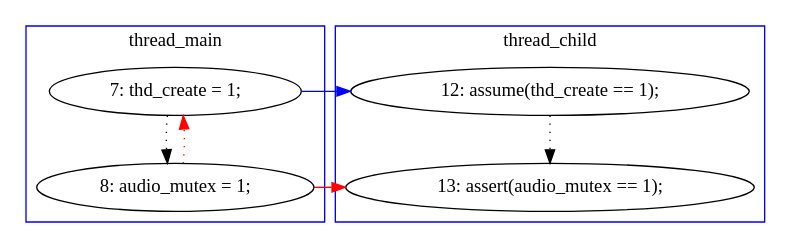
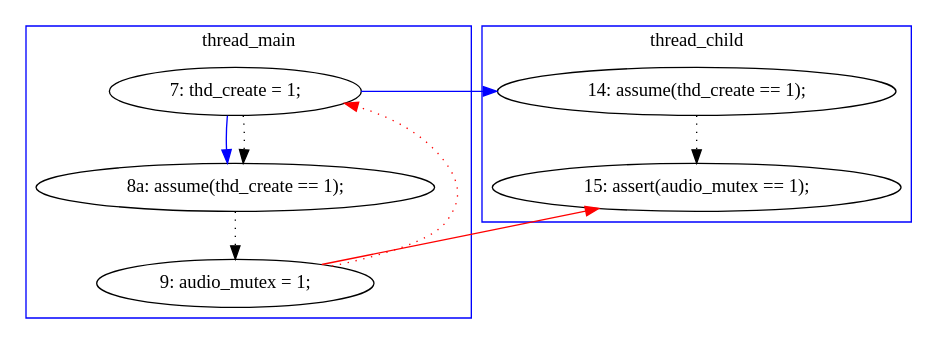
One commit to hylhp/cav14-model changed the diagram in zsnes.mixed/A-1-proofObject.dot. Above: the diagram before and after it, drawn with Graphviz. The commit also changed 19 other files, not shown here.

```diff
--- a/zsnes.mixed/A-1-proofObject.dot
+++ b/zsnes.mixed/A-1-proofObject.dot
@@ -1,19 +1,22 @@
 digraph ProofObject {
-	7 -> 9 [color = Red, constraint = false]
-	5 -> 8 [color = Blue, constraint = false]
-	8 -> 9 [style = dotted, color = black]
-	7 -> 5 [style = dotted, color = red, constraint = false]
+	5 -> 10 [color = Blue, constraint = false]
+	5 -> 7 [color = Blue, constraint = false]
+	8 -> 11 [color = Red, constraint = false]
+	10 -> 11 [style = dotted, color = black]
+	8 -> 5 [style = dotted, color = red, constraint = false]
+	7 -> 8 [style = dotted, color = black]
 	5 -> 7 [style = dotted, color = black]
 	subgraph cluster2 {
 		label = thread_child
 		color = blue
-		8  [label = "12: assume(thd_create == 1);"]
-		9  [label = "13: assert(audio_mutex == 1);"]
+		11  [label = "15: assert(audio_mutex == 1);"]
+		10  [label = "14: assume(thd_create == 1);"]
 	}
 	subgraph cluster1 {
 		label = thread_main
 		color = blue
-		7  [label = "8: audio_mutex = 1;"]
+		8  [label = "9: audio_mutex = 1;"]
+		7  [label = "8a: assume(thd_create == 1);"]
 		5  [label = "7: thd_create = 1;"]
 	}
 }
```
